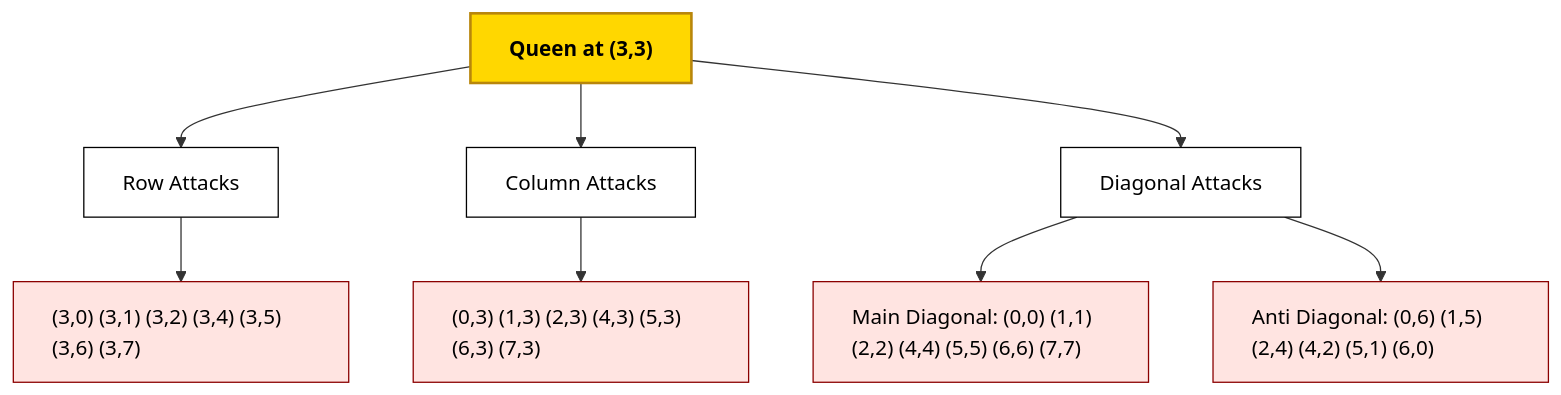
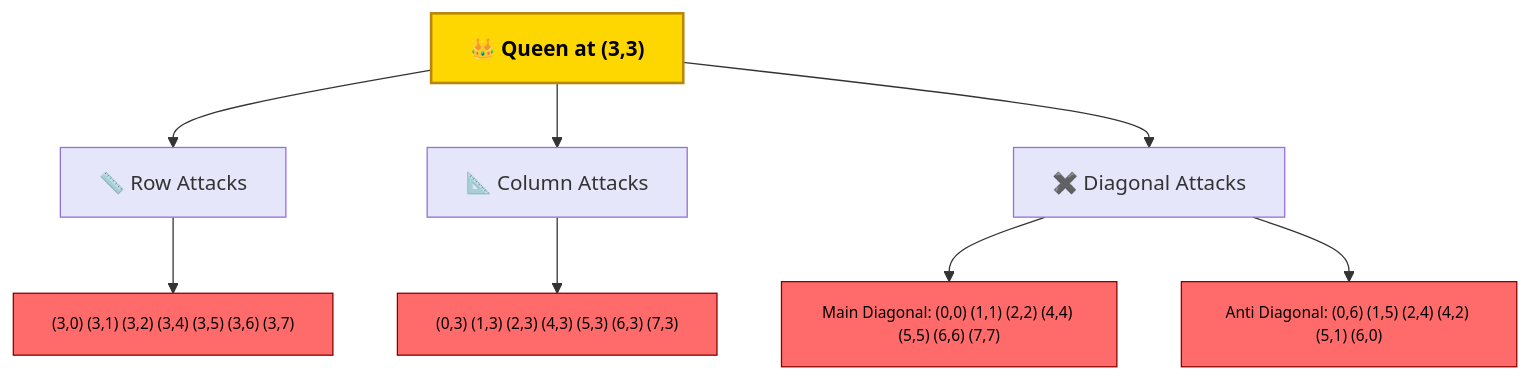
One commit to zeroisinfinity/DSA-C_Cpp changed the first of 12 diagrams in BACKTRACKING/N-queens/guide.md. Above: the diagram before and after it, drawn with Mermaid. The commit also changed other lines of this file, not shown here.

````diff
--- a/BACKTRACKING/N-queens/guide.md
+++ b/BACKTRACKING/N-queens/guide.md
@@ -25,28 +25,21 @@
 ```mermaid
 graph TD
-    A["Queen at (3,3)"] --> B["Row Attacks"]
-    A --> C["Column Attacks"]
-    A --> D["Diagonal Attacks"]
+    A["👑 Queen at (3,3)"] --> B["📏 Row Attacks"]
+    A --> C["📐 Column Attacks"]
+    A --> D["✖️ Diagonal Attacks"]
     
     B --> B1["(3,0) (3,1) (3,2) (3,4) (3,5) (3,6) (3,7)"]
     C --> C1["(0,3) (1,3) (2,3) (4,3) (5,3) (6,3) (7,3)"]
     D --> D1["Main Diagonal: (0,0) (1,1) (2,2) (4,4) (5,5) (6,6) (7,7)"]
     D --> D2["Anti Diagonal: (0,6) (1,5) (2,4) (4,2) (5,1) (6,0)"]
     
-    classDef default fill:#FFFFFF,stroke:#000000,color:#000000
     classDef queen fill:#FFD700,stroke:#B8860B,stroke-width:2px,color:#000000,font-weight:bold
-    classDef attack fill:#FFE4E1,stroke:#8B0000,stroke-width:1px,color:#000000
-    
+    classDef attack fill:#FF6B6B,stroke:#8B0000,stroke-width:1px,color:#000000,font-size:12px
     class A queen
-    class B,C,D fill:#E6E6FA,stroke:#9370DB,stroke-width:1px,color:#000000
     class B1,C1,D1,D2 attack
     
-    style A text-align:center
-    style B text-align:center
-    style C text-align:center
-    style D text-align:center
-    style B1 text-align:left
-    style C1 text-align:left
-    style D1 text-align:left
-    style D2 text-align:left
+    style A fill:#FFD700,stroke:#B8860B,stroke-width:2px,color:#000000,font-weight:bold
+    style B fill:#E6E6FA,stroke:#9370DB,stroke-width:1px
+    style C fill:#E6E6FA,stroke:#9370DB,stroke-width:1px
+    style D fill:#E6E6FA,stroke:#9370DB,stroke-width:1px
 ```
````
